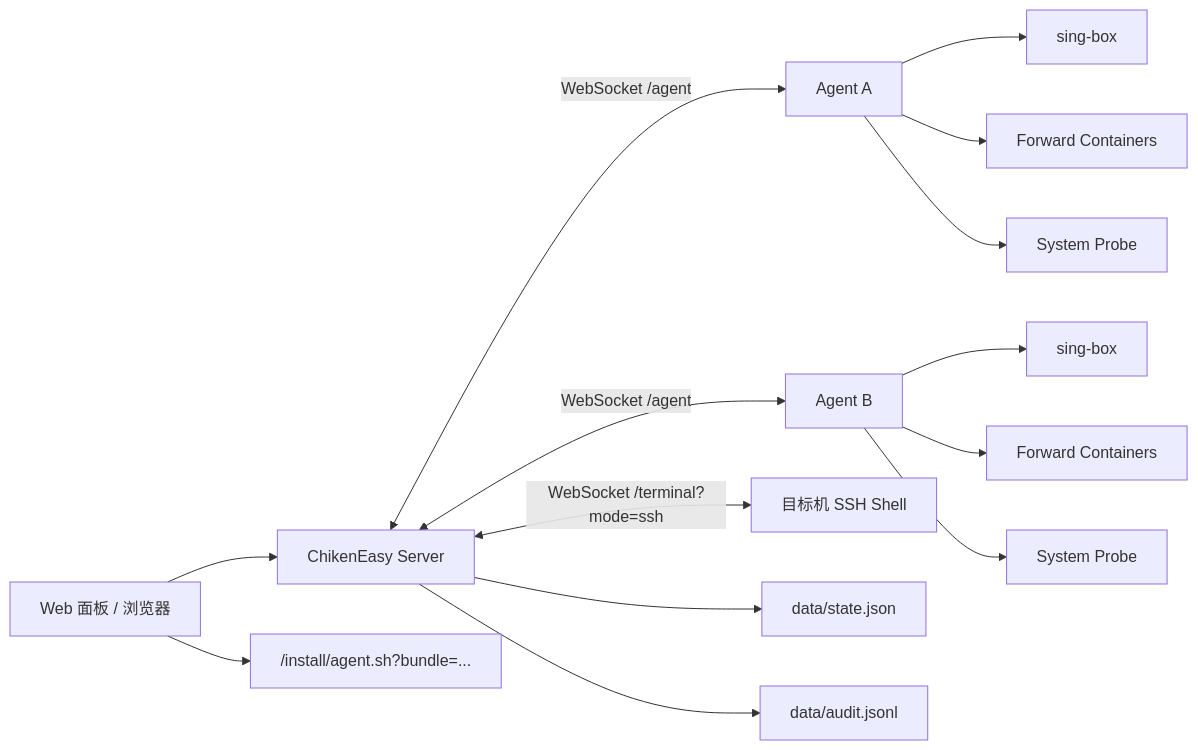
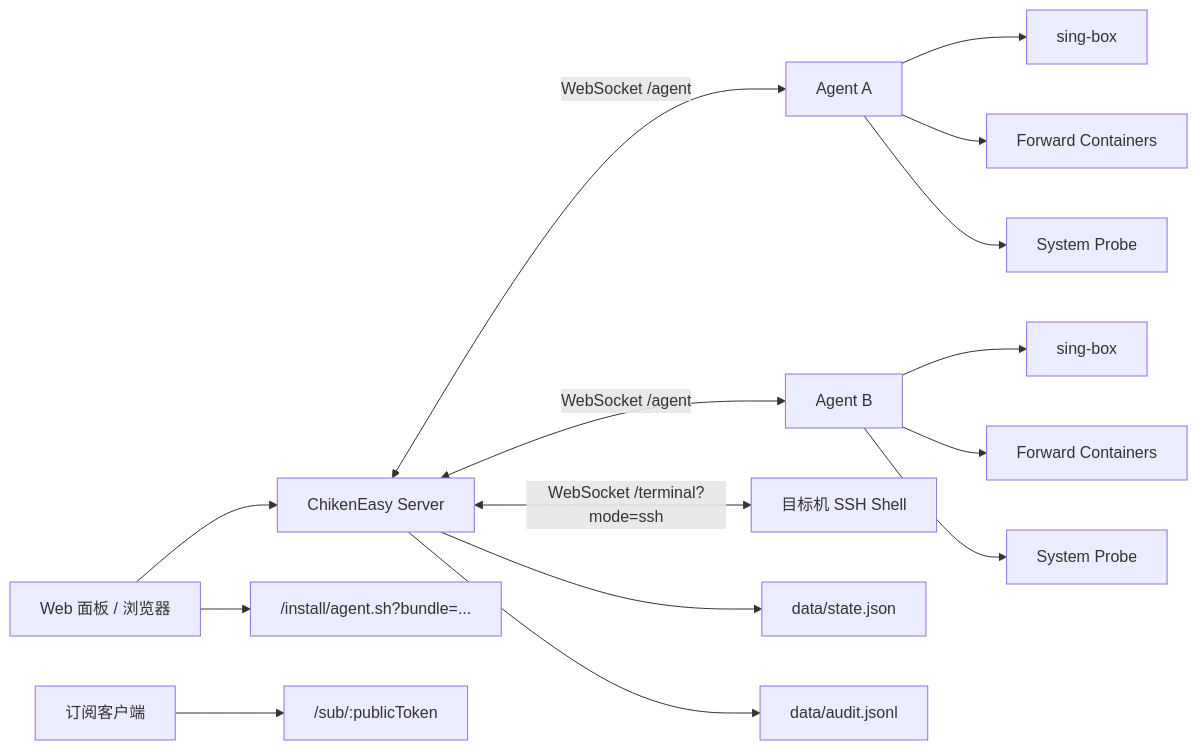
The diagram in docs/architecture.md (fengbule/chiken-easy), drawn with Mermaid before and after one commit. The commit also changed other lines of this file and 7 other files, not shown here.

````diff
--- a/docs/architecture.md
+++ b/docs/architecture.md
@@ -5,16 +5,17 @@
 ```mermaid
 flowchart LR
   Admin["Web 面板 / 浏览器"] --> Server["ChikenEasy Server"]
   Admin --> Install["/install/agent.sh?bundle=..."]
+  Client["订阅客户端"] --> Sub["/sub/:publicToken"]
   Server <-->|"WebSocket /agent"| Agent1["Agent A"]
   Server <-->|"WebSocket /agent"| Agent2["Agent B"]
   Server <-->|"WebSocket /terminal?mode=ssh"| SSH["目标机 SSH Shell"]
   Agent1 --> SB1["sing-box"]
   Agent1 --> FW1["Forward Containers"]
   Agent1 --> Probe1["System Probe"]
   Agent2 --> SB2["sing-box"]
   Agent2 --> FW2["Forward Containers"]
   Agent2 --> Probe2["System Probe"]
   Server --> State["data/state.json"]
   Server --> Audit["data/audit.jsonl"]
 ```
````
